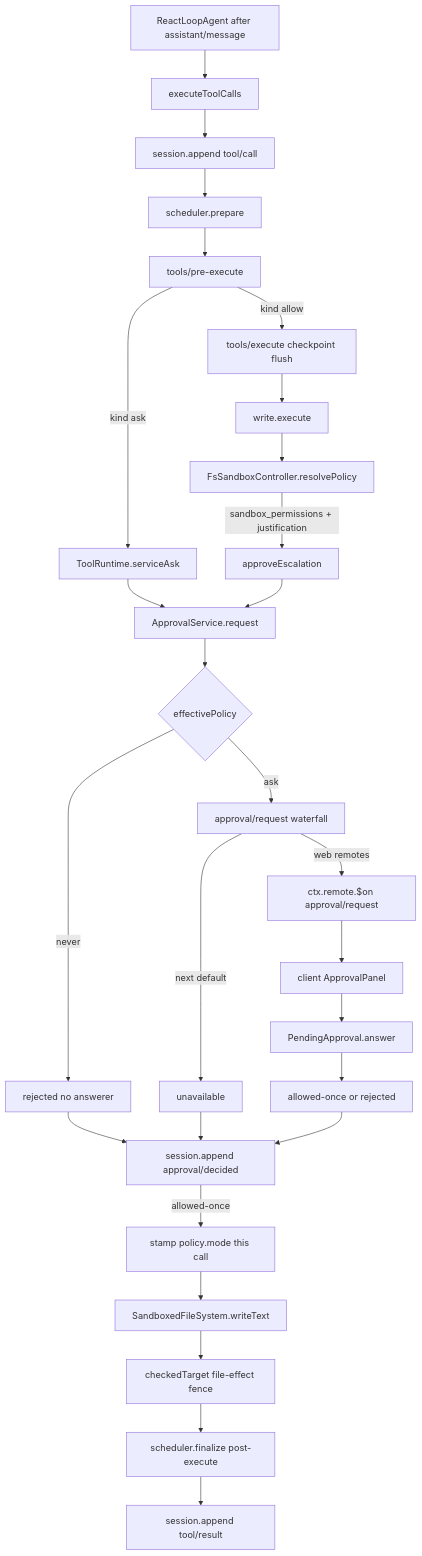
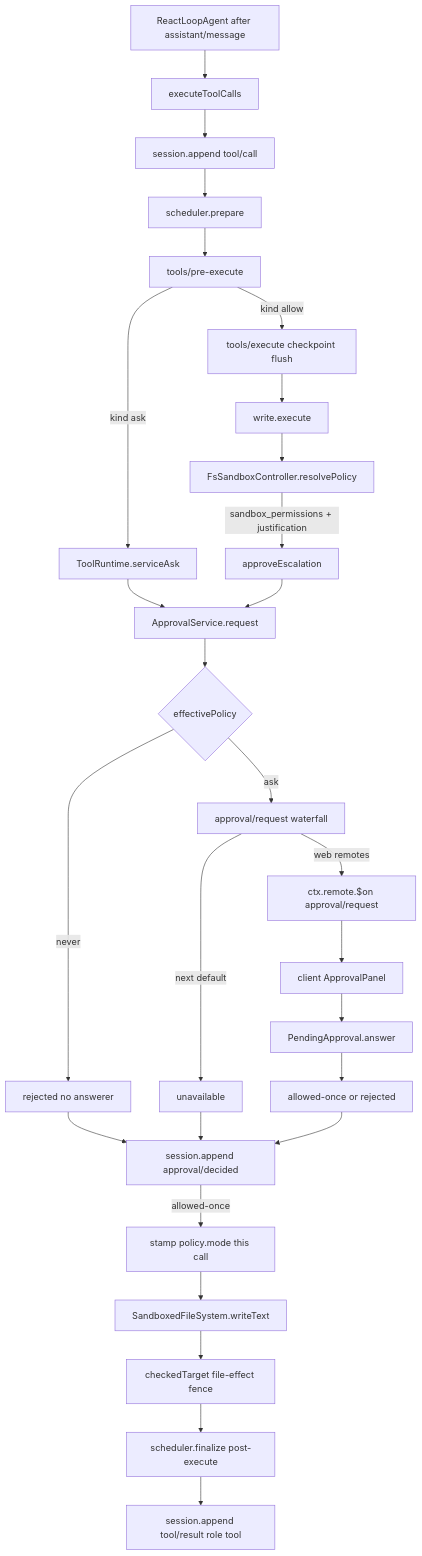
Before and after one commit to wdnmdtonyma/SOTA-Agent-LLM-Wiki: the diagram in docs/llm-wiki/deepseek-harness/spine/trace-tool-approval.md, drawn with Mermaid. The commit also changed other lines of this file and 237 other files, not shown here.

````diff
--- a/docs/llm-wiki/deepseek-harness/spine/trace-tool-approval.md
+++ b/docs/llm-wiki/deepseek-harness/spine/trace-tool-approval.md
@@ -62,30 +67,30 @@
 ```mermaid
 flowchart TD
   A["ReactLoopAgent after assistant/message"] --> B["executeToolCalls"]
   B --> C["session.append tool/call"]
   C --> D["scheduler.prepare"]
   D --> E["tools/pre-execute"]
   E -->|"kind ask"| F["ToolRuntime.serviceAsk"]
   E -->|"kind allow"| G["tools/execute checkpoint flush"]
   F --> H["ApprovalService.request"]
   G --> I["write.execute"]
   I --> J["FsSandboxController.resolvePolicy"]
   J -->|"sandbox_permissions + justification"| K["approveEscalation"]
   K --> H
   H --> L{"effectivePolicy"}
   L -->|"never"| M["rejected no answerer"]
   L -->|"ask"| N["approval/request waterfall"]
   N -->|"next default"| O["unavailable"]
   N -->|"web remotes"| P["ctx.remote.$on approval/request"]
   P --> Q["client ApprovalPanel"]
   Q --> R["PendingApproval.answer"]
   R --> S["allowed-once or rejected"]
   S --> T["session.append approval/decided"]
   T -->|"allowed-once"| U["stamp policy.mode this call"]
   U --> V["SandboxedFileSystem.writeText"]
   V --> W["checkedTarget file-effect fence"]
   W --> X["scheduler.finalize post-execute"]
-  X --> Y["session.append tool/result"]
+  X --> Y["session.append tool/result role tool"]
   M --> T
   O --> T
 ```
````
